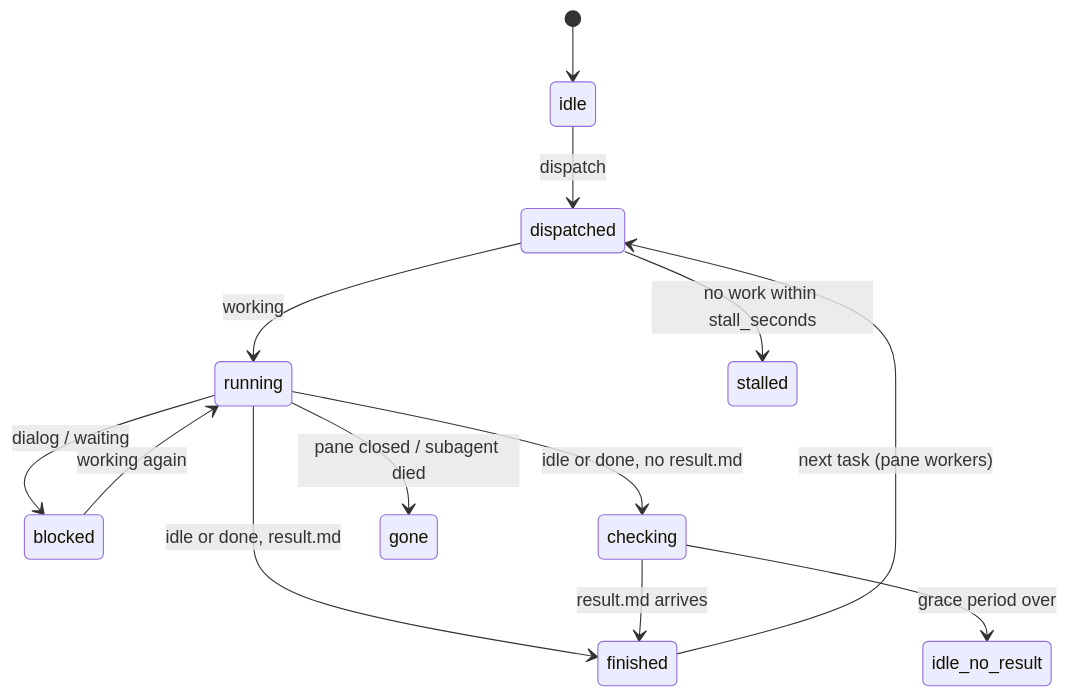
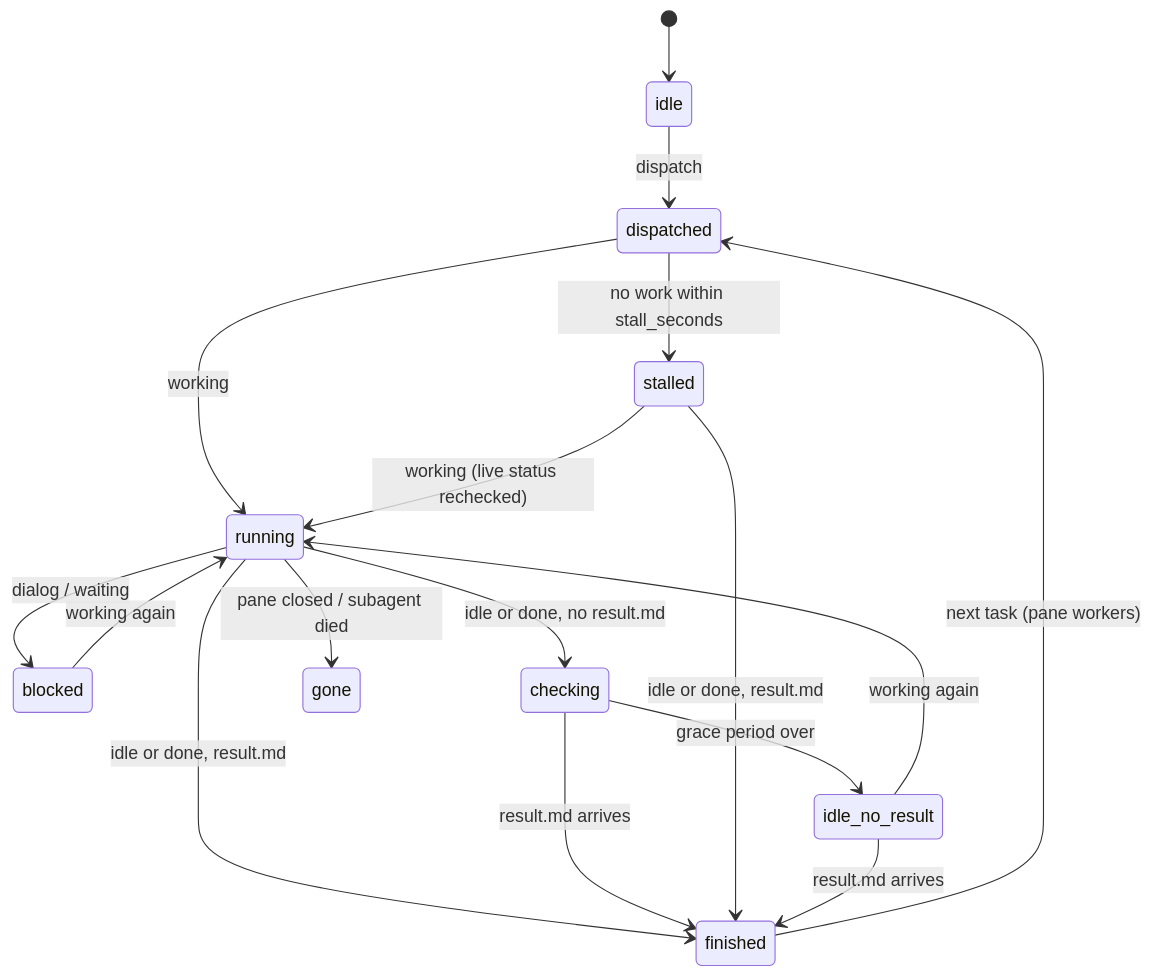
The fourth of 4 diagrams in docs/architecture.md (andyjjrt/oh-my-herdr), drawn with Mermaid before and after one commit. The commit also changed other lines of this file and 8 other files, not shown here.

First line of the commit message:
Stop false stall alerts; recover stalled tasks; omh_status recheck

````diff
--- a/docs/architecture.md
+++ b/docs/architecture.md
@@ -98,15 +98,19 @@
 ```mermaid
 stateDiagram-v2
   [*] --> idle
   idle --> dispatched: dispatch
   dispatched --> running: working
   dispatched --> stalled: no work within stall_seconds
   running --> blocked: dialog / waiting
   blocked --> running: working again
   running --> finished: idle or done, result.md
   running --> checking: idle or done, no result.md
   checking --> finished: result.md arrives
   checking --> idle_no_result: grace period over
+  stalled --> running: working (live status rechecked)
+  stalled --> finished: idle or done, result.md
+  idle_no_result --> running: working again
+  idle_no_result --> finished: result.md arrives
   running --> gone: pane closed / subagent died
   finished --> dispatched: next task (pane workers)
 ```
````
